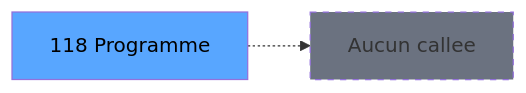
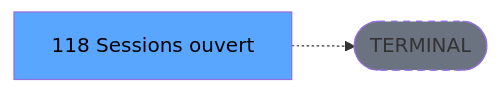
One commit to thonyAGP/lecteur-magic changed the third of 3 diagrams in .openspec/renders/ADH-IDE-118.md. Above: the diagram before and after it, drawn with Mermaid. The commit also changed other lines of this file and 701 other files, not shown here.

````diff
--- a/.openspec/renders/ADH-IDE-118.md
+++ b/.openspec/renders/ADH-IDE-118.md
@@ -137,8 +134,8 @@
 ```mermaid
 graph LR
-    T[118 Programme]
-    NONE[Aucun callee]
-    T -.-> NONE
+    T[118 Sessions ouvert]
+    TERM([TERMINAL])
+    T -.-> TERM
+    style TERM fill:#6b7280,stroke-dasharray: 5 5
     style T fill:#58a6ff,color:#000
-    style NONE fill:#6b7280,stroke-dasharray: 5 5
 ```
````
